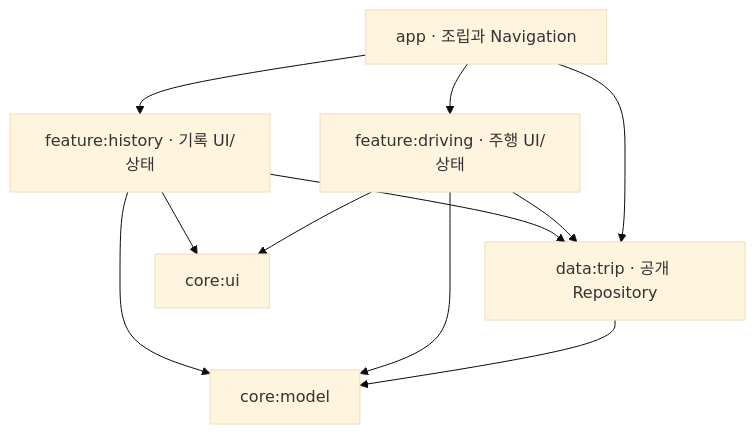
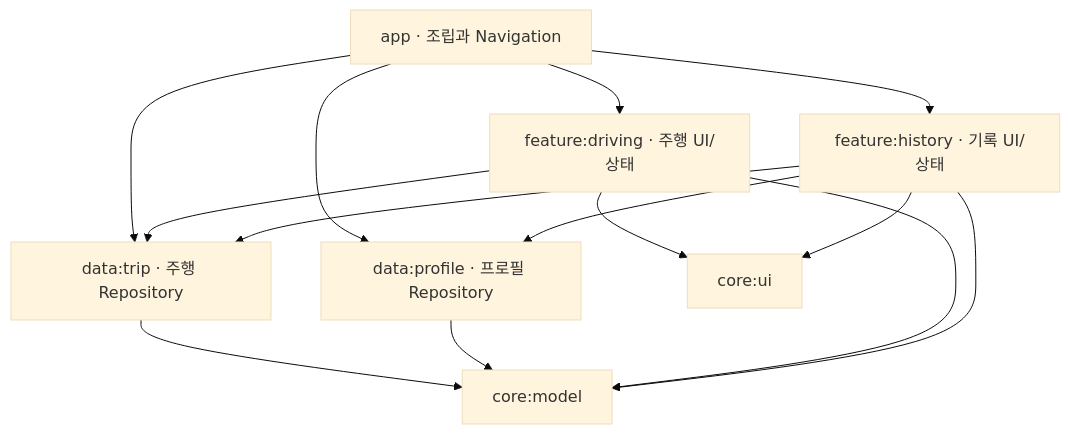
One commit to kako-labs/motion-care changed the diagram in docs/architecture.md. Above: the diagram before and after it, drawn with Mermaid (base theme). The commit also changed other lines of this file and 38 other files, not shown here.

````diff
--- a/docs/architecture.md
+++ b/docs/architecture.md
@@ -7,13 +7,16 @@
 ```mermaid
 flowchart TD
   App[app · 조립과 Navigation] --> Driving[feature:driving · 주행 UI/상태]
   App --> History[feature:history · 기록 UI/상태]
-  App --> Data[data:trip · 공개 Repository]
+  App --> Data[data:trip · 주행 Repository]
+  App --> Profile[data:profile · 프로필 Repository]
   Driving --> Data
   History --> Data
+  History --> Profile
   Driving --> UI[core:ui]
   History --> UI
   Data --> Model[core:model]
+  Profile --> Model
   Driving --> Model
   History --> Model
 ```
````
